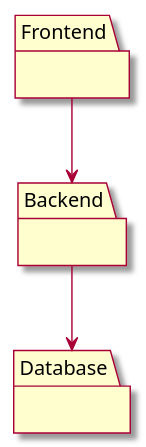
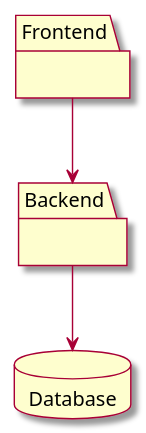
One commit to sysanalyst2do-lab/ecommerce-docs changed the diagram in onboarding/lessons/cl_serv1.puml. Above: the diagram before and after it, drawn with PlantUML. The commit also changed 14 other files, not shown here.

```diff
--- a/onboarding/lessons/cl_serv1.puml
+++ b/onboarding/lessons/cl_serv1.puml
@@ -1,19 +1,19 @@
 @startuml
 skin rose
 
 package "Frontend" {
 
 }
 
 package "Backend" {
 
 }
 
-package "Database" {
+database "Database" {
 
 }
 
 Frontend --> Backend
 Backend --> Database
 
 @enduml
```
